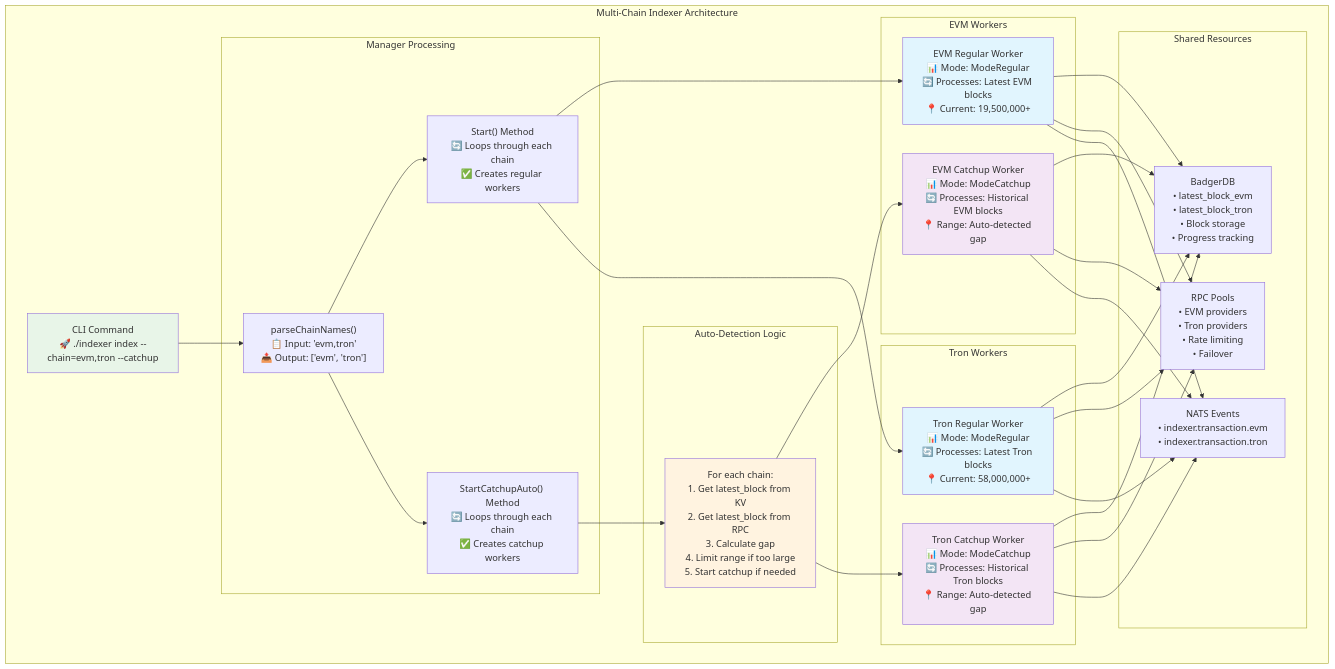
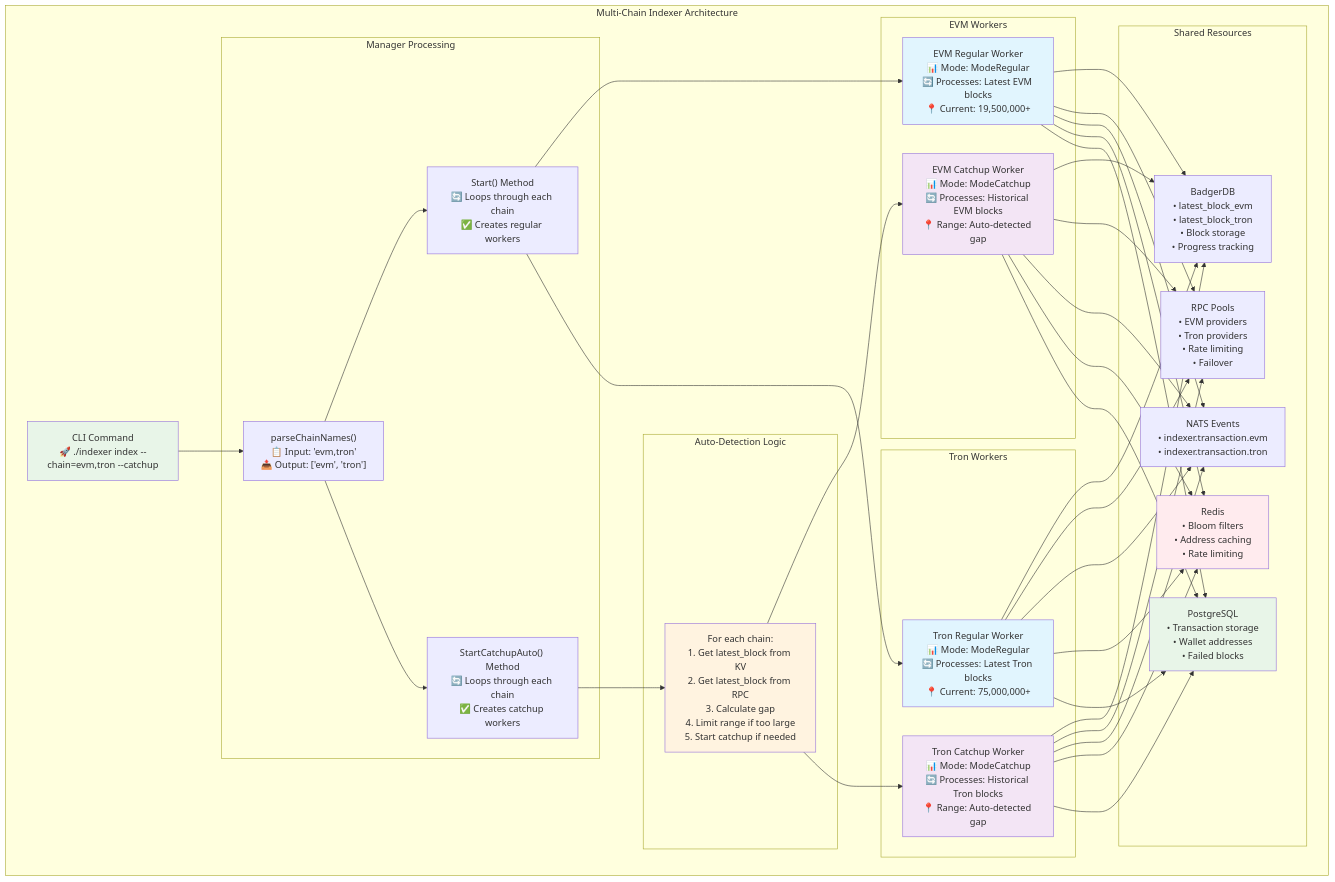
Before and after one commit to fystack/multichain-indexer: the diagram in README.md, drawn with Mermaid. The commit also changed other lines of this file and 3 other files, not shown here.

Commit message:
feat: enhance README and configuration for Bloom filter support; integrate Redis and PostgreSQL for improved performance and address filtering; update installation prerequisites and systemd service dependencies

````diff
--- a/README.md
+++ b/README.md
@@ -224,7 +276,7 @@
         end
         
         subgraph "Tron Workers"
-            TRON_REG["Tron Regular Worker<br/>📊 Mode: ModeRegular<br/>🔄 Processes: Latest Tron blocks<br/>📍 Current: 58,000,000+"]
+            TRON_REG["Tron Regular Worker<br/>📊 Mode: ModeRegular<br/>🔄 Processes: Latest Tron blocks<br/>📍 Current: 75,000,000+"]
             
             TRON_CATCH["Tron Catchup Worker<br/>📊 Mode: ModeCatchup<br/>🔄 Processes: Historical Tron blocks<br/>📍 Range: Auto-detected gap"]
         end
@@ -235,6 +287,10 @@
             RPC["RPC Pools<br/>• EVM providers<br/>• Tron providers<br/>• Rate limiting<br/>• Failover"]
             
             NATS["NATS Events<br/>• indexer.transaction.evm<br/>• indexer.transaction.tron"]
+            
+            REDIS["Redis<br/>• Bloom filters<br/>• Address caching<br/>• Rate limiting"]
+            
+            DB["PostgreSQL<br/>• Transaction storage<br/>• Wallet addresses<br/>• Failed blocks"]
         end
         
         subgraph "Auto-Detection Logic"
@@ -256,18 +312,26 @@
     EVM_REG --> KV
     EVM_REG --> RPC
     EVM_REG --> NATS
+    EVM_REG --> REDIS
+    EVM_REG --> DB
     
     EVM_CATCH --> KV
     EVM_CATCH --> RPC
     EVM_CATCH --> NATS
+    EVM_CATCH --> REDIS
+    EVM_CATCH --> DB
     
     TRON_REG --> KV
     TRON_REG --> RPC
     TRON_REG --> NATS
+    TRON_REG --> REDIS
+    TRON_REG --> DB
     
     TRON_CATCH --> KV
     TRON_CATCH --> RPC
     TRON_CATCH --> NATS
+    TRON_CATCH --> REDIS
+    TRON_CATCH --> DB
     
     style CMD fill:#e8f5e8
     style EVM_REG fill:#e1f5fe
@@ -275,4 +339,6 @@
     style TRON_REG fill:#e1f5fe
     style TRON_CATCH fill:#f3e5f5
     style DETECT fill:#fff3e0
+    style REDIS fill:#ffebee
+    style DB fill:#e8f5e8
 ```
````
